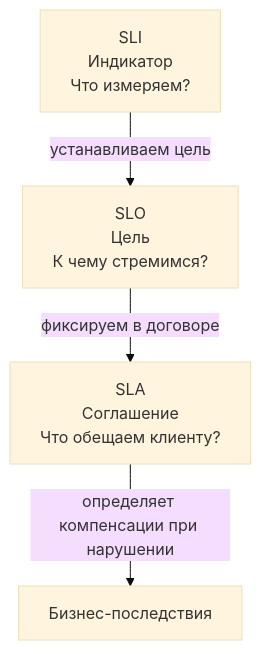
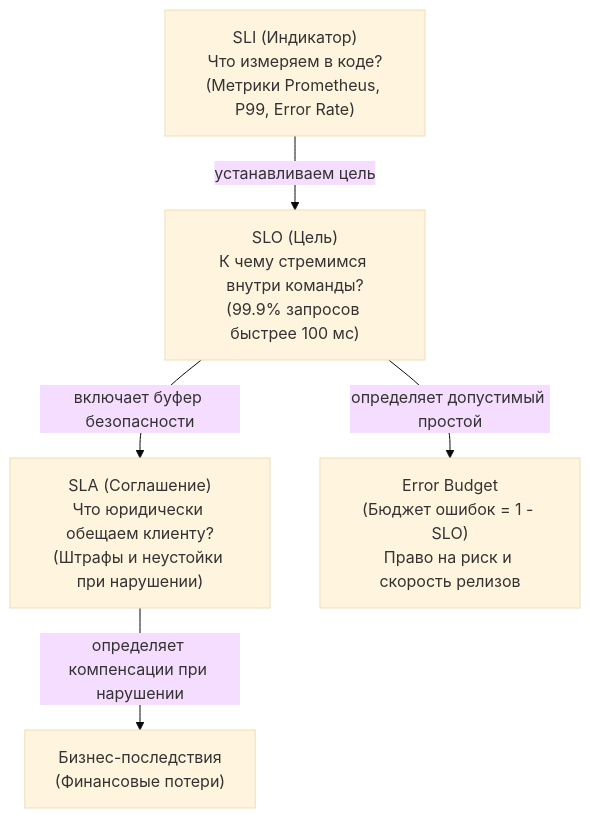
The first of 4 diagrams in sources/11. Архитектура и System Design/4. SLA, SLO, SLI и как они влияют на дизайн.md (UnrealTemplier/go-textbook), drawn with Mermaid (base theme) before and after one commit. The commit also changed other lines of this file, not shown here.

````diff
--- a/sources/11. Архитектура и System Design/4. SLA, SLO, SLI и как они влияют на дизайн.md
+++ b/sources/11. Архитектура и System Design/4. SLA, SLO, SLI и как они влияют на дизайн.md
@@ -16,10 +24,12 @@
 ```mermaid
 flowchart TD
-    SLI["SLI<br>Индикатор<br>Что измеряем?"]
-    SLO["SLO<br>Цель<br>К чему стремимся?"]
-    SLA["SLA<br>Соглашение<br>Что обещаем клиенту?"]
+    SLI["SLI (Индикатор)\nЧто измеряем в коде?\n(Метрики Prometheus, P99, Error Rate)"]
+    SLO["SLO (Цель)\nК чему стремимся внутри команды?\n(99.9% запросов быстрее 100 мс)"]
+    SLA["SLA (Соглашение)\nЧто юридически обещаем клиенту?\n(Штрафы и неустойки при нарушении)"]
+    Budget["Error Budget\n(Бюджет ошибок = 1 - SLO)\nПраво на риск и скорость релизов"]
 
     SLI -->|"устанавливаем цель"| SLO
-    SLO -->|"фиксируем в договоре"| SLA
-    SLA -->|"определяет компенсации при нарушении"| Business[Бизнес-последствия]
+    SLO -->|"включает буфер безопасности"| SLA
+    SLO -->|"определяет допустимый простой"| Budget
+    SLA -->|"определяет компенсации при нарушении"| Business["Бизнес-последствия\n(Финансовые потери)"]
 ```
````
